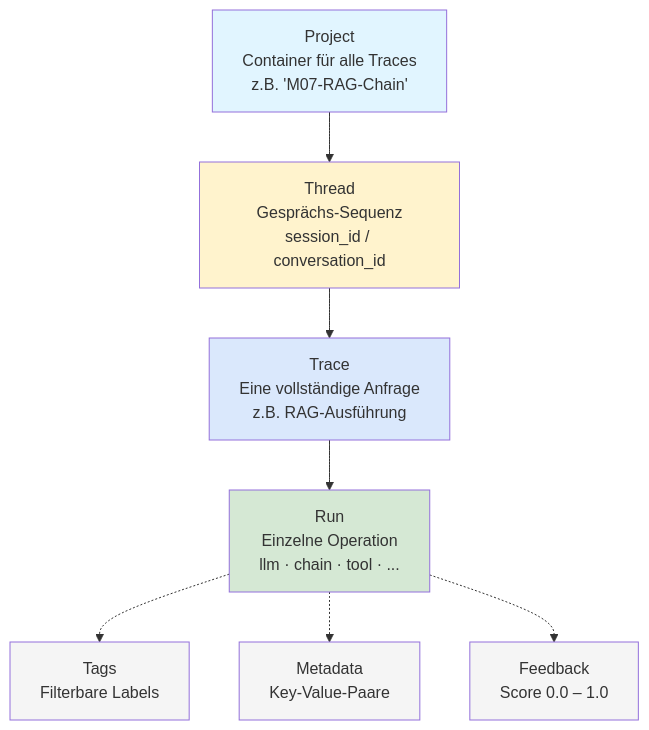
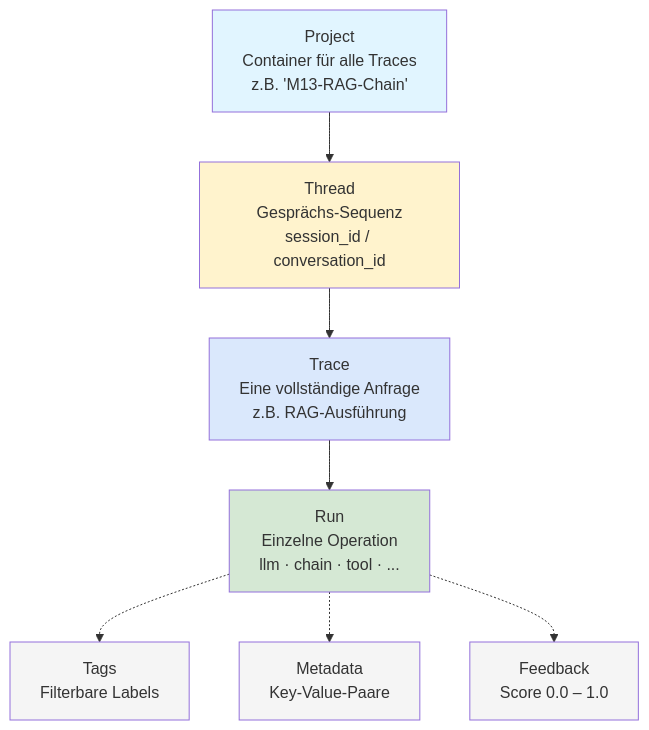
Before and after one commit to ralf-42/Agenten: the second of 5 diagrams in docs/05-frameworks/einsteiger-langsmith.md, drawn with Mermaid. The commit also changed other lines of this file and 55 other files, not shown here.

````diff
--- a/docs/05-frameworks/einsteiger-langsmith.md
+++ b/docs/05-frameworks/einsteiger-langsmith.md
@@ -170,25 +170,25 @@
 ```mermaid
 flowchart TB
-    PROJECT["Project<br>Container für alle Traces<br>z.B. 'M07-RAG-Chain'"]
+    PROJECT["Project<br>Container für alle Traces<br>z.B. 'M13-RAG-Chain'"]
     THREAD["Thread<br>Gesprächs-Sequenz<br>session_id / conversation_id"]
     TRACE["Trace<br>Eine vollständige Anfrage<br>z.B. RAG-Ausführung"]
     RUN["Run<br>Einzelne Operation<br>llm · chain · tool · ..."]
     TAGS["Tags<br>Filterbare Labels"]
     META["Metadata<br>Key-Value-Paare"]
     FEEDBACK["Feedback<br>Score 0.0 – 1.0"]
 
     PROJECT --> THREAD
     THREAD --> TRACE
     TRACE --> RUN
     RUN -.-> TAGS
     RUN -.-> META
     RUN -.-> FEEDBACK
 
     style PROJECT fill:#e1f5ff
     style THREAD fill:#fff3cd
     style TRACE fill:#dae8fc
     style RUN fill:#d5e8d4
     style TAGS fill:#f5f5f5
     style META fill:#f5f5f5
     style FEEDBACK fill:#f5f5f5
 ```
````
